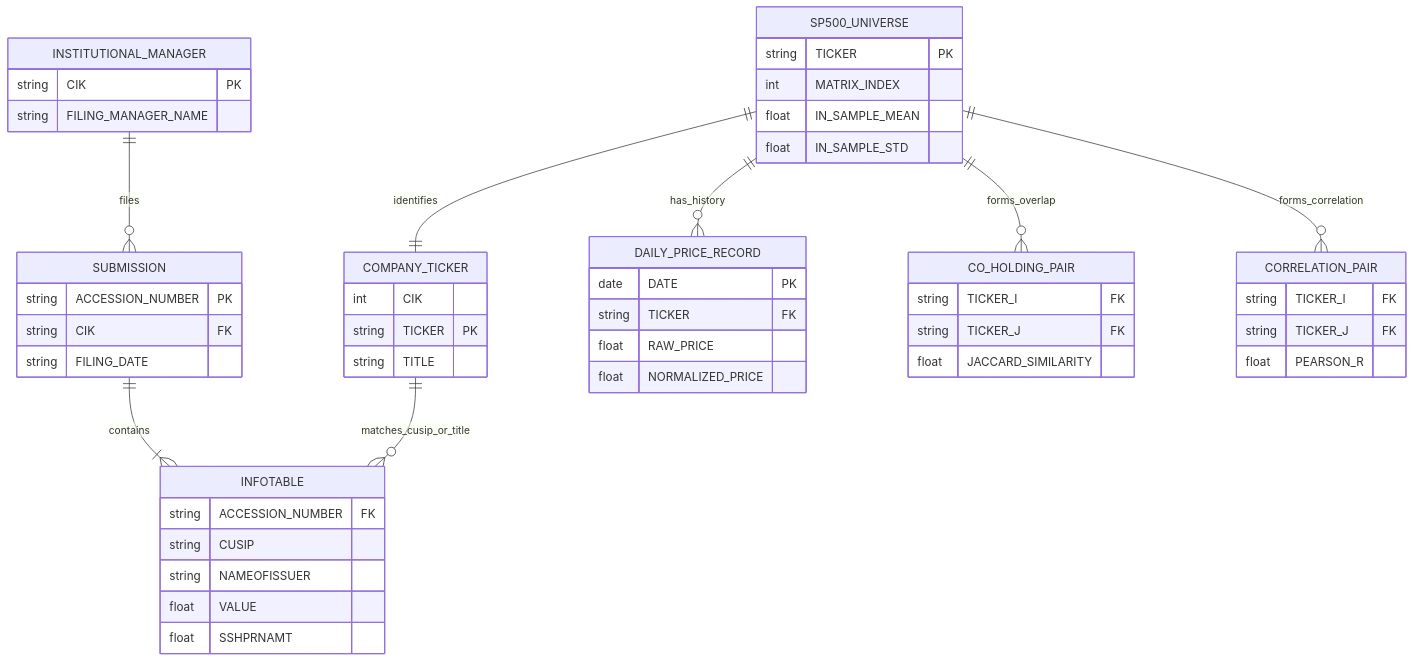
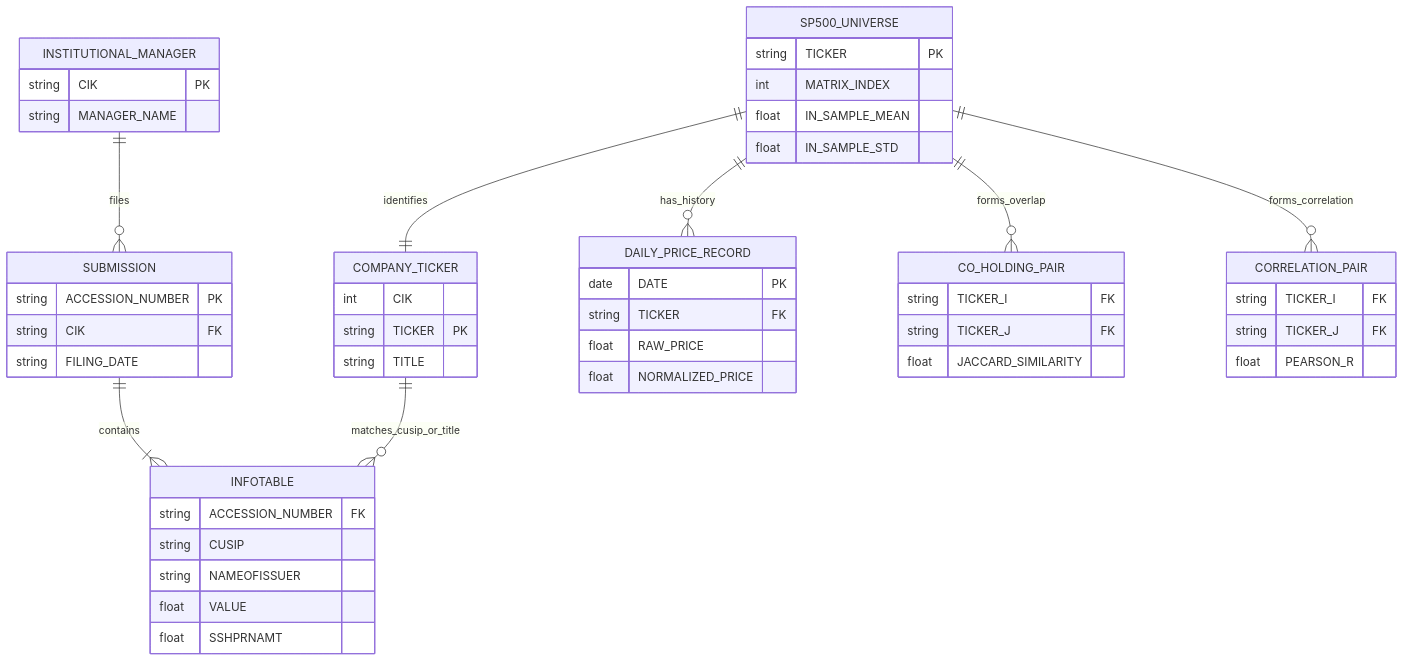
One commit to amitashutosh/cs224w changed the fourth of 4 diagrams in architecture.md. Above: the diagram before and after it, drawn with Mermaid. The commit also changed other lines of this file and 5 other files, not shown here.

````diff
--- a/architecture.md
+++ b/architecture.md
@@ -283,61 +284,61 @@
 ```mermaid
 erDiagram
     INSTITUTIONAL_MANAGER ||--o{ SUBMISSION : files
     SUBMISSION ||--|{ INFOTABLE : contains
     COMPANY_TICKER ||--o{ INFOTABLE : matches_cusip_or_title
     SP500_UNIVERSE ||--|| COMPANY_TICKER : identifies
     SP500_UNIVERSE ||--o{ DAILY_PRICE_RECORD : has_history
     SP500_UNIVERSE ||--o{ CO_HOLDING_PAIR : forms_overlap
     SP500_UNIVERSE ||--o{ CORRELATION_PAIR : forms_correlation
 
     INSTITUTIONAL_MANAGER {
         string CIK PK
-        string FILING_MANAGER_NAME
+        string MANAGER_NAME
     }
 
     SUBMISSION {
         string ACCESSION_NUMBER PK
         string CIK FK
         string FILING_DATE
     }
 
     INFOTABLE {
         string ACCESSION_NUMBER FK
         string CUSIP
         string NAMEOFISSUER
         float VALUE
         float SSHPRNAMT
     }
 
     COMPANY_TICKER {
         int CIK
         string TICKER PK
         string TITLE
     }
 
     SP500_UNIVERSE {
         string TICKER PK
         int MATRIX_INDEX
         float IN_SAMPLE_MEAN
         float IN_SAMPLE_STD
     }
 
     DAILY_PRICE_RECORD {
         date DATE PK
         string TICKER FK
         float RAW_PRICE
         float NORMALIZED_PRICE
     }
 
     CO_HOLDING_PAIR {
         string TICKER_I FK
         string TICKER_J FK
         float JACCARD_SIMILARITY
     }
 
     CORRELATION_PAIR {
         string TICKER_I FK
         string TICKER_J FK
         float PEARSON_R
     }
 ```
````
